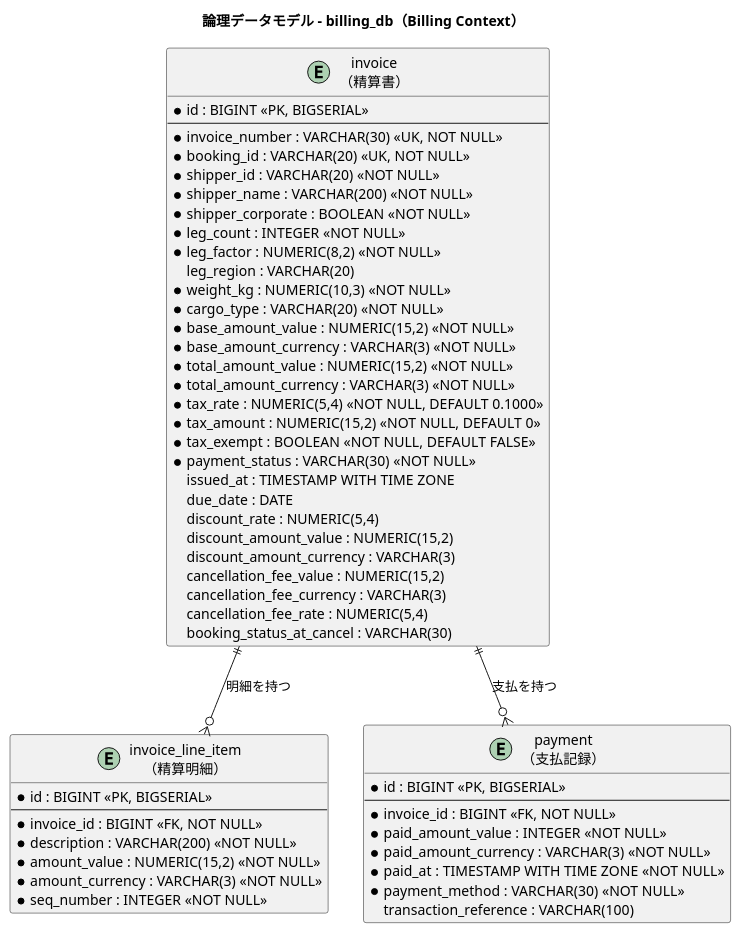
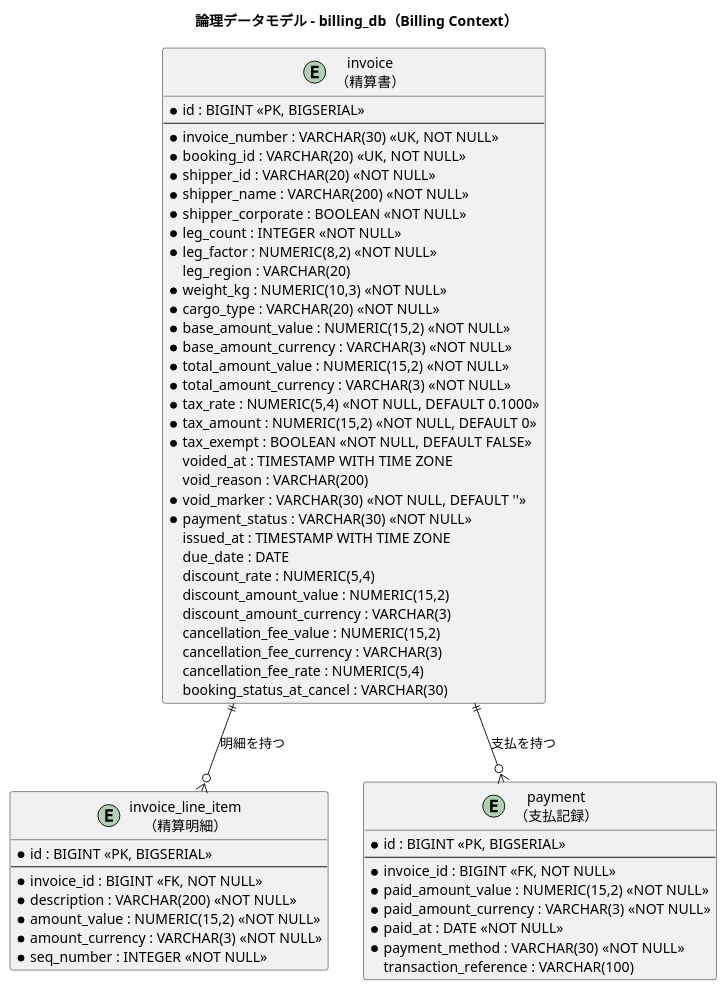
One commit to k2works/case-study-cargo-tracker changed the seventh of 7 diagrams in docs/design/data-model.md. Above: the diagram before and after it, drawn with PlantUML. The commit also changed other lines of this file and 38 other files, not shown here.

````diff
--- a/docs/design/data-model.md
+++ b/docs/design/data-model.md
@@ -744,62 +744,65 @@
 ```plantuml
 @startuml
 title 論理データモデル - billing_db（Billing Context）
 
 entity "invoice\n（精算書）" as invoice {
   * id : BIGINT <<PK, BIGSERIAL>>
   --
   * invoice_number : VARCHAR(30) <<UK, NOT NULL>>
   * booking_id : VARCHAR(20) <<UK, NOT NULL>>
   * shipper_id : VARCHAR(20) <<NOT NULL>>
   * shipper_name : VARCHAR(200) <<NOT NULL>>
   * shipper_corporate : BOOLEAN <<NOT NULL>>
   * leg_count : INTEGER <<NOT NULL>>
   * leg_factor : NUMERIC(8,2) <<NOT NULL>>
   leg_region : VARCHAR(20)
   * weight_kg : NUMERIC(10,3) <<NOT NULL>>
   * cargo_type : VARCHAR(20) <<NOT NULL>>
   * base_amount_value : NUMERIC(15,2) <<NOT NULL>>
   * base_amount_currency : VARCHAR(3) <<NOT NULL>>
   * total_amount_value : NUMERIC(15,2) <<NOT NULL>>
   * total_amount_currency : VARCHAR(3) <<NOT NULL>>
   * tax_rate : NUMERIC(5,4) <<NOT NULL, DEFAULT 0.1000>>
   * tax_amount : NUMERIC(15,2) <<NOT NULL, DEFAULT 0>>
   * tax_exempt : BOOLEAN <<NOT NULL, DEFAULT FALSE>>
+  voided_at : TIMESTAMP WITH TIME ZONE
+  void_reason : VARCHAR(200)
+  * void_marker : VARCHAR(30) <<NOT NULL, DEFAULT ''>>
   * payment_status : VARCHAR(30) <<NOT NULL>>
   issued_at : TIMESTAMP WITH TIME ZONE
   due_date : DATE
   discount_rate : NUMERIC(5,4)
   discount_amount_value : NUMERIC(15,2)
   discount_amount_currency : VARCHAR(3)
   cancellation_fee_value : NUMERIC(15,2)
   cancellation_fee_currency : VARCHAR(3)
   cancellation_fee_rate : NUMERIC(5,4)
   booking_status_at_cancel : VARCHAR(30)
 }
 
 entity "invoice_line_item\n（精算明細）" as invoice_line_item {
   * id : BIGINT <<PK, BIGSERIAL>>
   --
   * invoice_id : BIGINT <<FK, NOT NULL>>
   * description : VARCHAR(200) <<NOT NULL>>
   * amount_value : NUMERIC(15,2) <<NOT NULL>>
   * amount_currency : VARCHAR(3) <<NOT NULL>>
   * seq_number : INTEGER <<NOT NULL>>
 }
 
 entity "payment\n（支払記録）" as payment {
   * id : BIGINT <<PK, BIGSERIAL>>
   --
   * invoice_id : BIGINT <<FK, NOT NULL>>
-  * paid_amount_value : INTEGER <<NOT NULL>>
+  * paid_amount_value : NUMERIC(15,2) <<NOT NULL>>
   * paid_amount_currency : VARCHAR(3) <<NOT NULL>>
-  * paid_at : TIMESTAMP WITH TIME ZONE <<NOT NULL>>
+  * paid_at : DATE <<NOT NULL>>
   * payment_method : VARCHAR(30) <<NOT NULL>>
   transaction_reference : VARCHAR(100)
 }
 
 invoice ||--o{ invoice_line_item : "明細を持つ"
 invoice ||--o{ payment : "支払を持つ"
 
 @enduml
 ```
````
